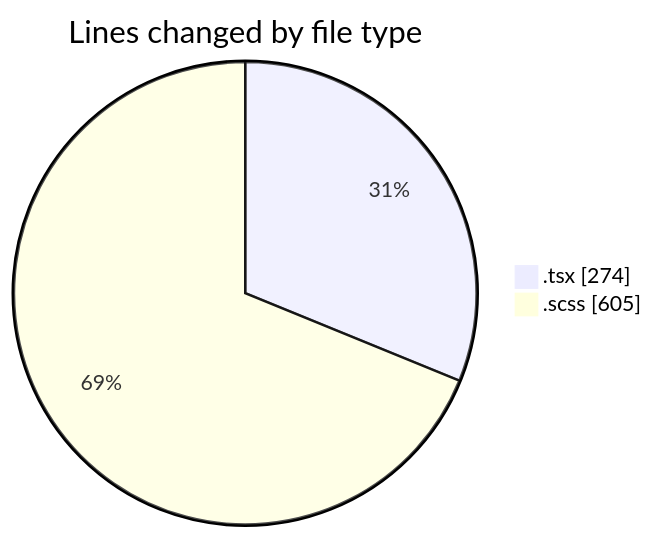
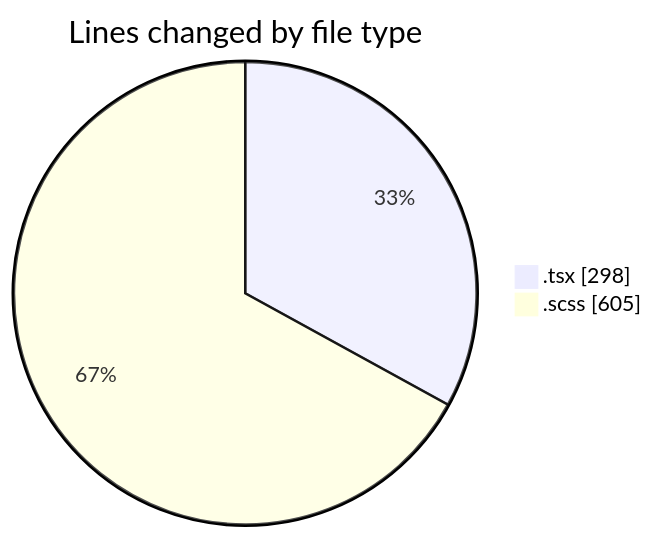
The first of 2 diagrams in 2025-03-27/cda/README.md (momahboobian/code-tracking), drawn with Mermaid before and after one commit. The commit also changed other lines of this file and 1 other file, not shown here.

````diff
--- a/2025-03-27/cda/README.md
+++ b/2025-03-27/cda/README.md
@@ -21,6 +21,6 @@
 ```mermaid
 pie showData
 title Lines changed by file type
-".tsx" : 274
+".tsx" : 298
 ".scss" : 605
 ```
````
